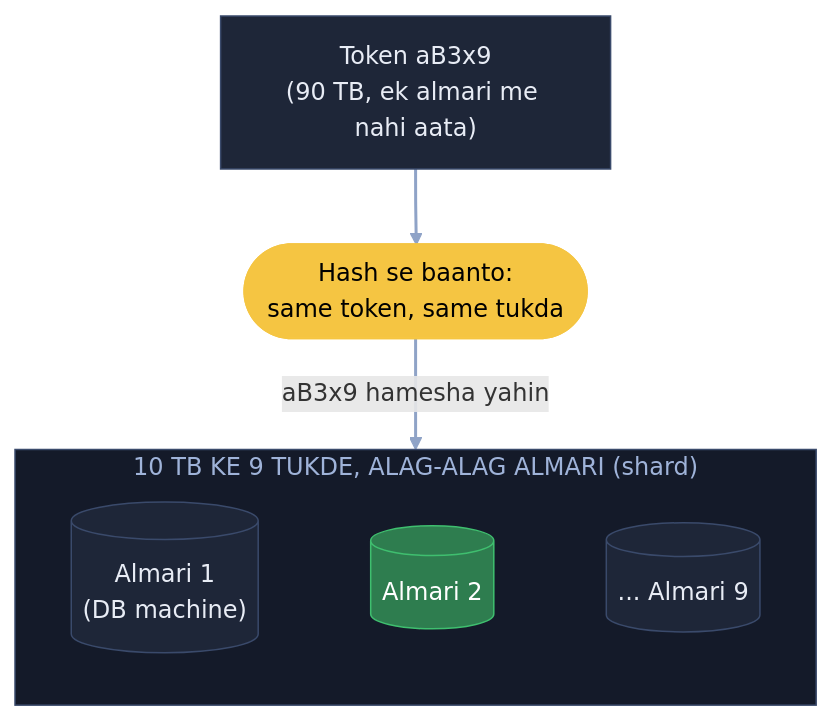
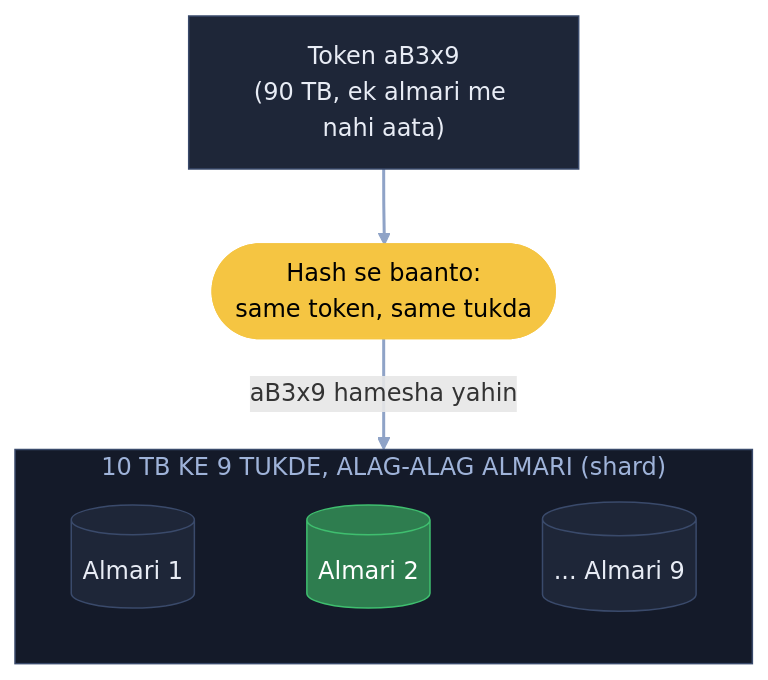
The eighth of 14 diagrams in 04_HLD/SYSTEM_DESIGNS/01_url_shortener/01_url_shortener.md (ArpanMaheshwari144/Prep), drawn with Mermaid before and after one commit. The commit also changed other lines of this file and 21 other files, not shown here.

Commit message:
Diagram: saare label purani halat me (bracket wala kaam dobara, sirf kahani ke dohraaye shabd)

````diff
--- a/04_HLD/SYSTEM_DESIGNS/01_url_shortener/01_url_shortener.md
+++ b/04_HLD/SYSTEM_DESIGNS/01_url_shortener/01_url_shortener.md
@@ -297,21 +297,21 @@
 ```mermaid
 flowchart TB
     T["Token aB3x9<br/>(90 TB, ek almari me nahi aata)"]:::card
     H(["Hash se baanto:<br/>same token, same tukda"]):::pill
     subgraph SH["10 TB KE 9 TUKDE, ALAG-ALAG ALMARI (shard)"]
         direction LR
-        A1[("Almari 1<br/>(DB machine)")]:::card
+        A1[("Almari 1")]:::card
         A2[("Almari 2")]:::good
         A9[("... Almari 9")]:::card
         A1 ~~~ A2 ~~~ A9
     end
     T --> H
     H -- "aB3x9 hamesha yahin" --> A2
     linkStyle default stroke:#8fa3c7,stroke-width:2px
     linkStyle 0,1 stroke-width:0px
     classDef card fill:#1e2638,stroke:#3a4a6b,color:#e8ecf5
     classDef pill fill:#f5c542,stroke:#f5c542,color:#000
     classDef good fill:#2e7d4f,stroke:#3fbf6f,color:#fff
     classDef bad fill:#5c1f24,stroke:#e05561,color:#fff
     style SH fill:#141a29,stroke:#3a4a6b,color:#9fb3d9
 ```
````
